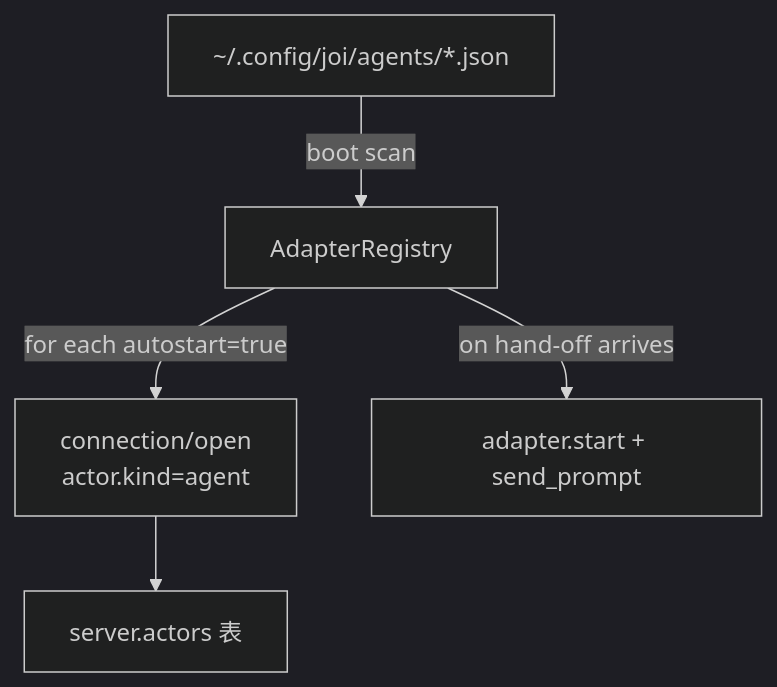
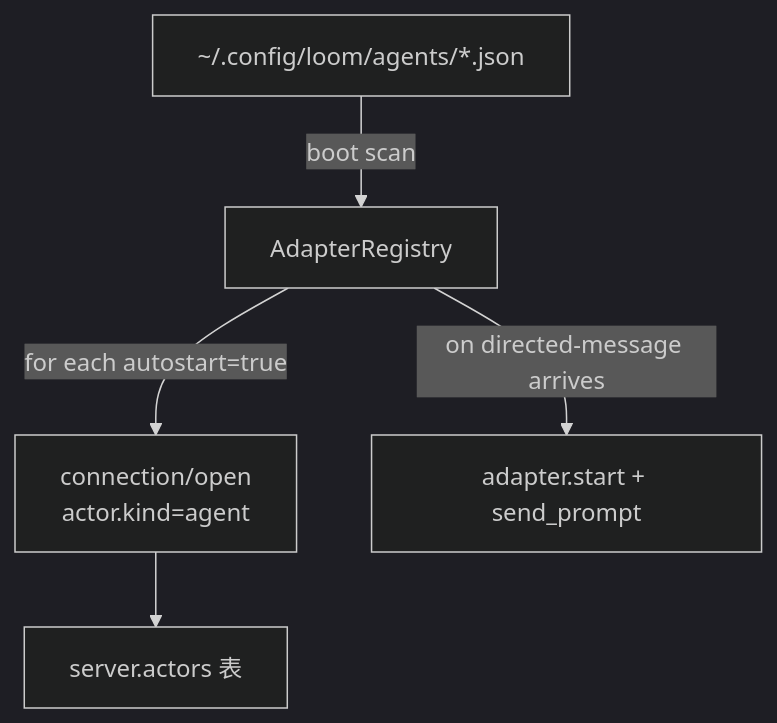
The fourth of 6 diagrams in docs/architecture-v1-agent-client.md (wyw-ai/loom), drawn with Mermaid (dark theme) before and after one commit. The commit also changed other lines of this file and 175 other files, not shown here.

````diff
--- a/docs/architecture-v1-agent-client.md
+++ b/docs/architecture-v1-agent-client.md
@@ -344,7 +344,7 @@
 ```mermaid
 flowchart TD
-    A[~/.config/joi/agents/*.json] -->|boot scan| B[AdapterRegistry]
+    A[~/.config/loom/agents/*.json] -->|boot scan| B[AdapterRegistry]
     B -->|"for each autostart=true"| C[connection/open<br/>actor.kind=agent]
     C --> D[server.actors 表]
-    B -->|"on hand-off arrives"| E[adapter.start + send_prompt]
+    B -->|"on directed-message arrives"| E[adapter.start + send_prompt]
 ```
````
